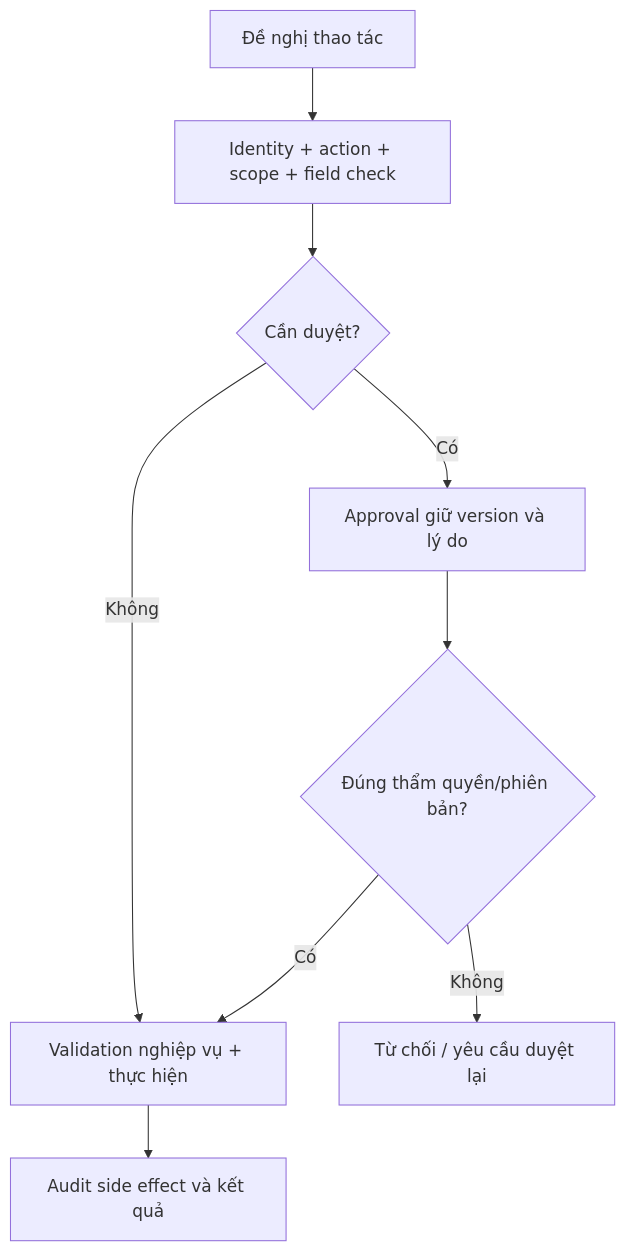
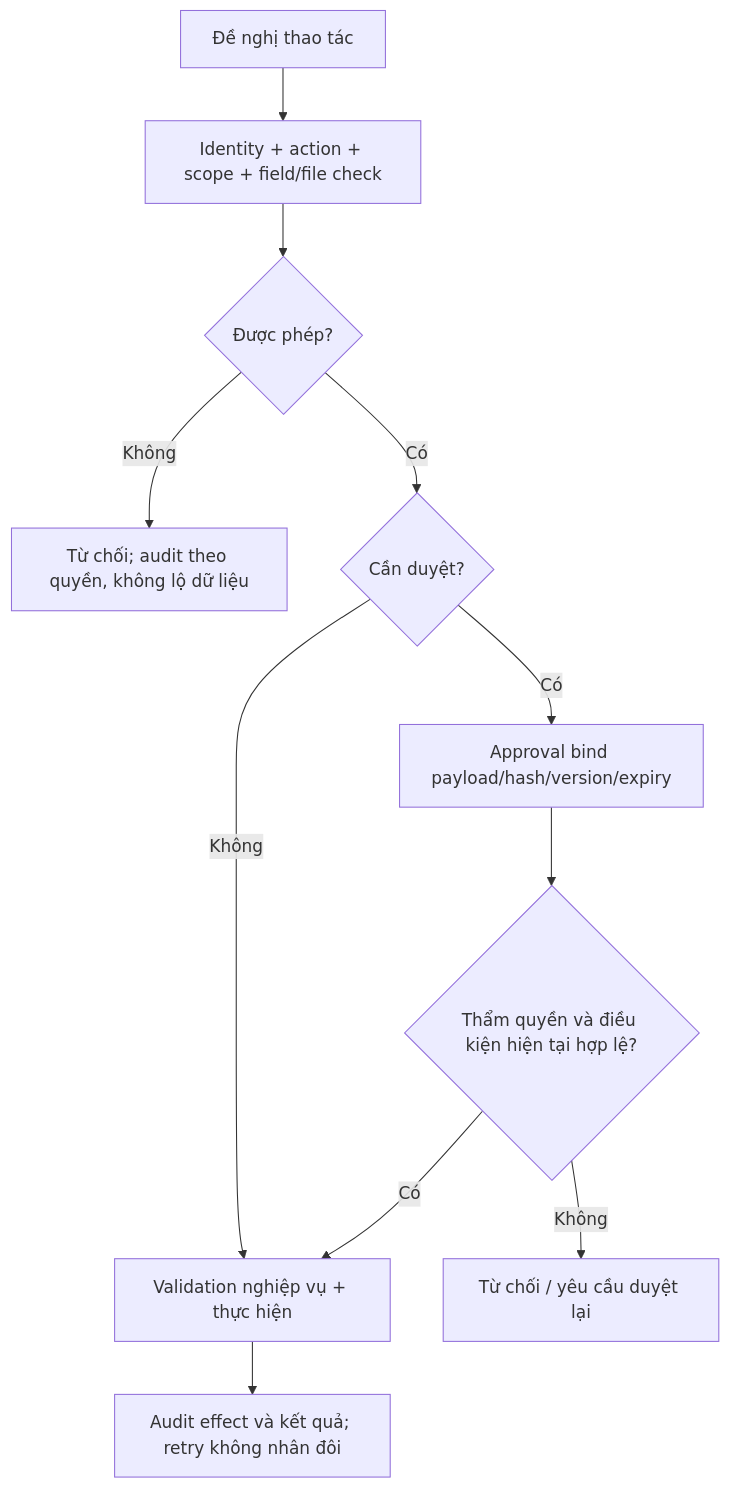
Before and after one commit to Baronger23/ERP.SmartHelpDesk: the diagram in docs/design/modules/m10_quan_tri_va_kiem_soat.md, drawn with Mermaid. The commit also changed other lines of this file and 70 other files, not shown here.

````diff
--- a/docs/design/modules/m10_quan_tri_va_kiem_soat.md
+++ b/docs/design/modules/m10_quan_tri_va_kiem_soat.md
@@ -43,11 +43,13 @@
 ```mermaid
 flowchart TD
-    A["Đề nghị thao tác"] --> B["Identity + action + scope + field check"]
-    B --> C{"Cần duyệt?"}
+    A["Đề nghị thao tác"] --> B["Identity + action + scope + field/file check"]
+    B --> P{"Được phép?"}
+    P -->|"Không"| G["Từ chối; audit theo quyền, không lộ dữ liệu"]
+    P -->|"Có"| C{"Cần duyệt?"}
     C -->|"Không"| F["Validation nghiệp vụ + thực hiện"]
-    C -->|"Có"| D["Approval giữ version và lý do"]
-    D --> E{"Đúng thẩm quyền/phiên bản?"}
-    E -->|"Không"| G["Từ chối / yêu cầu duyệt lại"]
+    C -->|"Có"| D["Approval bind payload/hash/version/expiry"]
+    D --> E{"Thẩm quyền và điều kiện hiện tại hợp lệ?"}
+    E -->|"Không"| R["Từ chối / yêu cầu duyệt lại"]
     E -->|"Có"| F
-    F --> H["Audit side effect và kết quả"]
+    F --> H["Audit effect và kết quả; retry không nhân đôi"]
 ```
````
